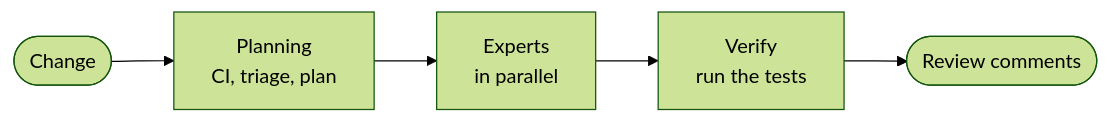
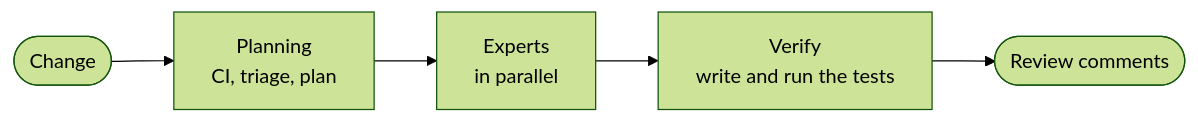
The diagram in docs/README.md (Pleasurecruise/eyeful), drawn with Mermaid (forest theme) before and after one commit. The commit also changed other lines of this file and 86 other files, not shown here.

````diff
--- a/docs/README.md
+++ b/docs/README.md
@@ -7,7 +7,7 @@
 ```mermaid
 flowchart LR
     change(["Change"]) --> plan["Planning<br/>CI, triage, plan"]
     plan --> experts["Experts<br/>in parallel"]
-    experts --> verify["Verify<br/>run the tests"]
+    experts --> verify["Verify<br/>write and run the tests"]
     verify --> feedback(["Review comments"])
 ```
````
